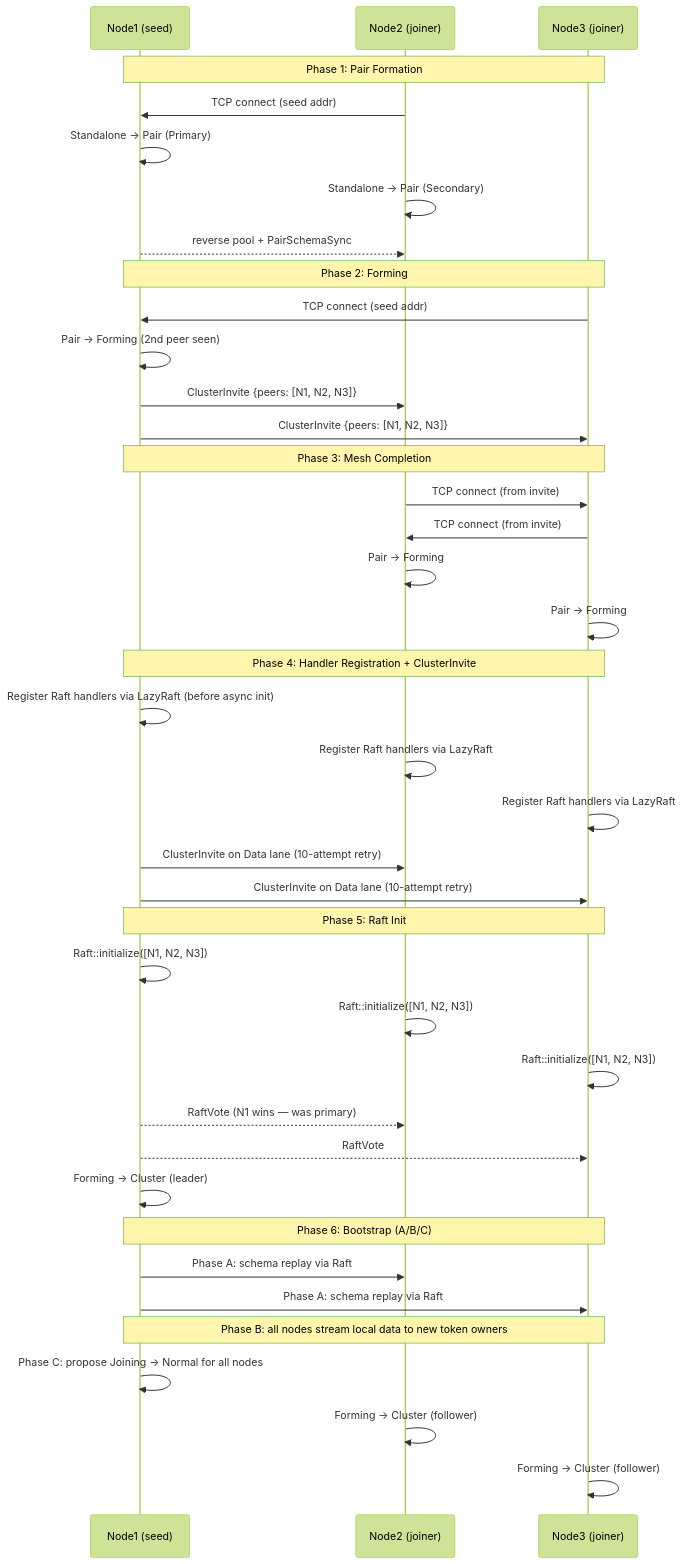
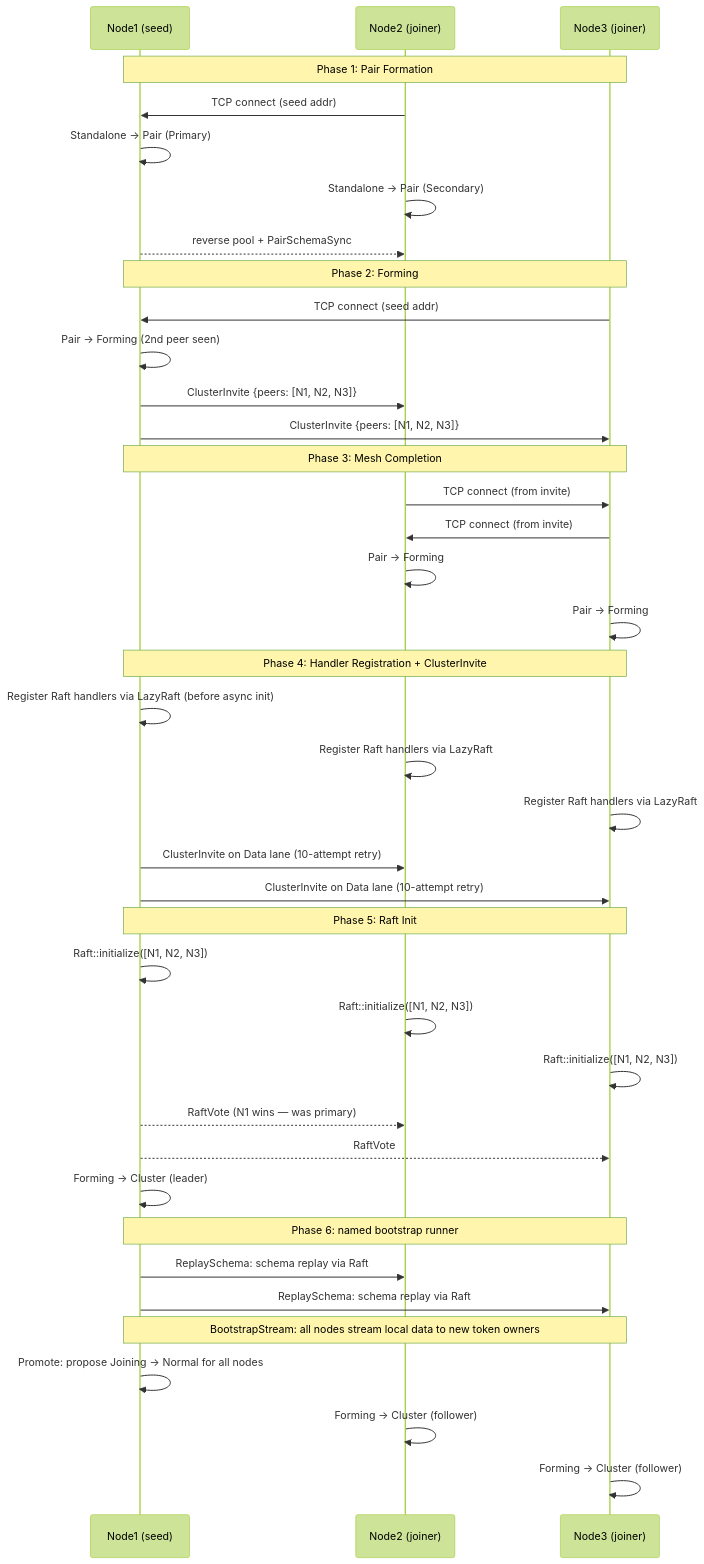
The third of 4 diagrams in specs/cluster-formation-architecture.md (ferrosadb/ferrosa), drawn with Mermaid (forest theme) before and after one commit. The commit also changed other lines of this file and 8 other files, not shown here.

Commit message:
docs: update bootstrap phase references

````diff
--- a/specs/cluster-formation-architecture.md
+++ b/specs/cluster-formation-architecture.md
@@ -151,47 +151,47 @@
 ```mermaid
 sequenceDiagram
     participant N1 as Node1 (seed)
     participant N2 as Node2 (joiner)
     participant N3 as Node3 (joiner)
 
     Note over N1,N3: Phase 1: Pair Formation
     N2->>N1: TCP connect (seed addr)
     N1->>N1: Standalone → Pair (Primary)
     N2->>N2: Standalone → Pair (Secondary)
     N1-->>N2: reverse pool + PairSchemaSync
 
     Note over N1,N3: Phase 2: Forming
     N3->>N1: TCP connect (seed addr)
     N1->>N1: Pair → Forming (2nd peer seen)
     N1->>N2: ClusterInvite {peers: [N1, N2, N3]}
     N1->>N3: ClusterInvite {peers: [N1, N2, N3]}
 
     Note over N1,N3: Phase 3: Mesh Completion
     N2->>N3: TCP connect (from invite)
     N3->>N2: TCP connect (from invite)
     N2->>N2: Pair → Forming
     N3->>N3: Pair → Forming
 
     Note over N1,N3: Phase 4: Handler Registration + ClusterInvite
     N1->>N1: Register Raft handlers via LazyRaft (before async init)
     N2->>N2: Register Raft handlers via LazyRaft
     N3->>N3: Register Raft handlers via LazyRaft
     N1->>N2: ClusterInvite on Data lane (10-attempt retry)
     N1->>N3: ClusterInvite on Data lane (10-attempt retry)
 
     Note over N1,N3: Phase 5: Raft Init
     N1->>N1: Raft::initialize([N1, N2, N3])
     N2->>N2: Raft::initialize([N1, N2, N3])
     N3->>N3: Raft::initialize([N1, N2, N3])
     N1-->>N2: RaftVote (N1 wins — was primary)
     N1-->>N3: RaftVote
     N1->>N1: Forming → Cluster (leader)
 
-    Note over N1,N3: Phase 6: Bootstrap (A/B/C)
-    N1->>N2: Phase A: schema replay via Raft
-    N1->>N3: Phase A: schema replay via Raft
-    Note over N1,N3: Phase B: all nodes stream local data to new token owners
-    N1->>N1: Phase C: propose Joining → Normal for all nodes
+    Note over N1,N3: Phase 6: named bootstrap runner
+    N1->>N2: ReplaySchema: schema replay via Raft
+    N1->>N3: ReplaySchema: schema replay via Raft
+    Note over N1,N3: BootstrapStream: all nodes stream local data to new token owners
+    N1->>N1: Promote: propose Joining → Normal for all nodes
     N2->>N2: Forming → Cluster (follower)
     N3->>N3: Forming → Cluster (follower)
 ```
````
